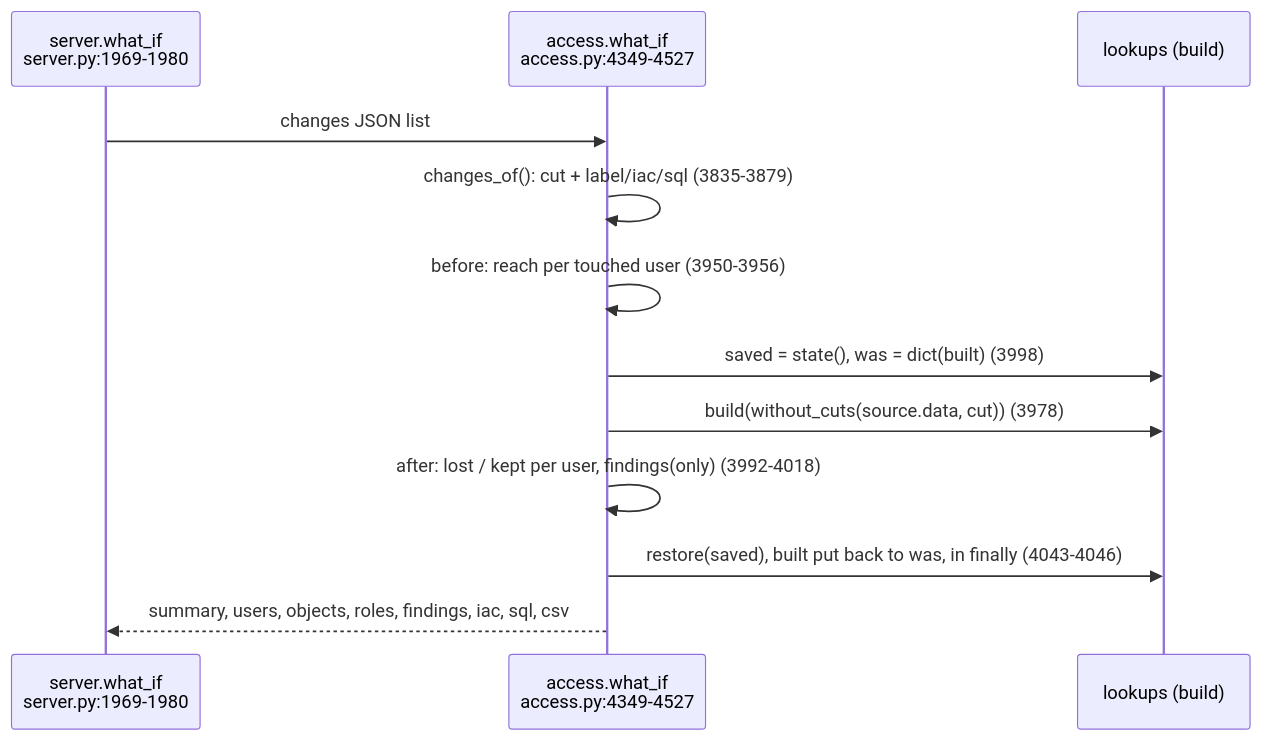
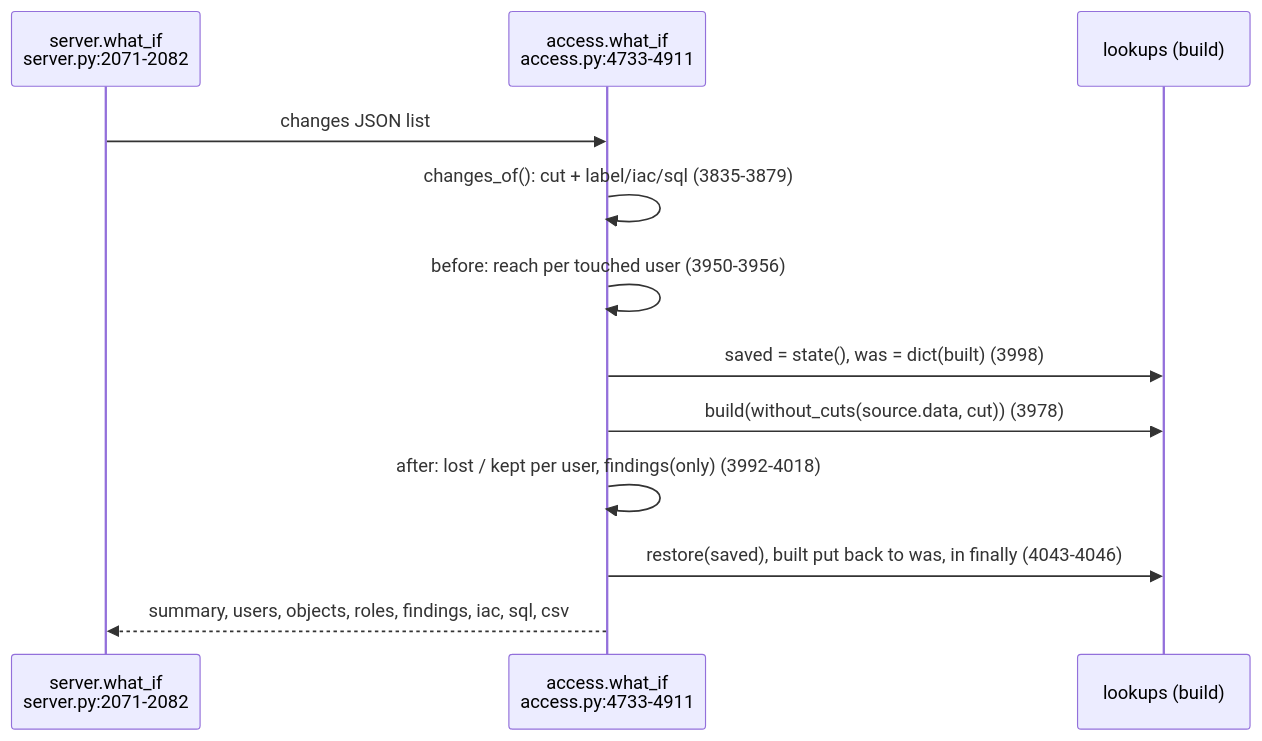
One commit to darshanmeel/snowflake-access-explorer changed the diagram in snowflake-access-explorer-knowledge-graph/logic/what-if.md. Above: the diagram before and after it, drawn with Mermaid. The commit also changed other lines of this file and 82 other files, not shown here.

Commit message:
Knowledge graph: parts store, two-stage load, background refresh, DuckDB rule walk, kept rule results, review fixes (to 448bdbb)

````diff
--- a/snowflake-access-explorer-knowledge-graph/logic/what-if.md
+++ b/snowflake-access-explorer-knowledge-graph/logic/what-if.md
@@ -6,14 +6,14 @@
 ```mermaid
 sequenceDiagram
-  participant S as server.what_if<br/>server.py:1969-1980
-  participant W as access.what_if<br/>access.py:4349-4527
+  participant S as server.what_if<br/>server.py:2071-2082
+  participant W as access.what_if<br/>access.py:4733-4911
   participant L as lookups (build)
   S->>W: changes JSON list
   W->>W: changes_of(): cut + label/iac/sql (3835-3879)
   W->>W: before: reach per touched user (3950-3956)
   W->>L: saved = state(), was = dict(built) (3998)
   W->>L: build(without_cuts(source.data, cut)) (3978)
   W->>W: after: lost / kept per user, findings(only) (3992-4018)
   W->>L: restore(saved), built put back to was, in finally (4043-4046)
   W-->>S: summary, users, objects, roles, findings, iac, sql, csv
 ```
````
